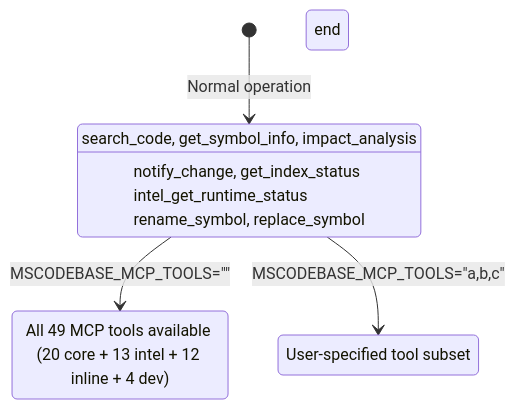
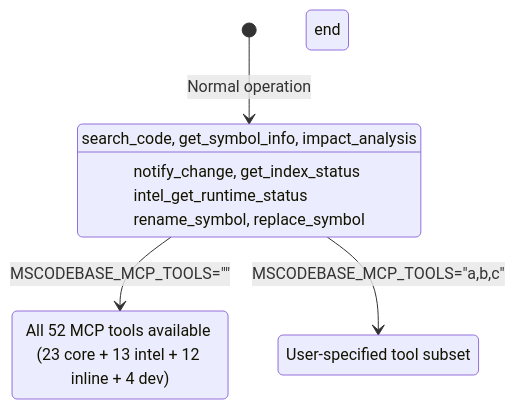
The third of 4 diagrams in docs/en/GRACEFUL_DEGRADATION.md (ManSio/mscodebase-intelligence), drawn with Mermaid before and after one commit. The commit also changed 43 other files, not shown here.

````diff
--- a/docs/en/GRACEFUL_DEGRADATION.md
+++ b/docs/en/GRACEFUL_DEGRADATION.md
@@ -84,22 +84,22 @@
 ```mermaid
 stateDiagram-v2
     [*] --> DEFAULT_TOOLS: Normal operation
 
     state DEFAULT_TOOLS[Visible: 12 tools]
         DEFAULT_TOOLS: search_code, get_symbol_info, impact_analysis
         DEFAULT_TOOLS: notify_change, get_index_status
         DEFAULT_TOOLS: intel_get_runtime_status
         DEFAULT_TOOLS: rename_symbol, replace_symbol
     end
 
     DEFAULT_TOOLS --> ALL_TOOLS: MSCODEBASE_MCP_TOOLS=""
     DEFAULT_TOOLS --> CUSTOM_TOOLS: MSCODEBASE_MCP_TOOLS="a,b,c"
 
-    state ALL_TOOLS[Visible: 49 tools]
-        ALL_TOOLS: All 49 MCP tools available (20 core + 13 intel + 12 inline + 4 dev)
+    state ALL_TOOLS[Visible: 52 tools]
+        ALL_TOOLS: All 52 MCP tools available (23 core + 13 intel + 12 inline + 4 dev)
     end
 
     state CUSTOM_TOOLS[Custom selection]
         CUSTOM_TOOLS: User-specified tool subset
     end
 ```
````
